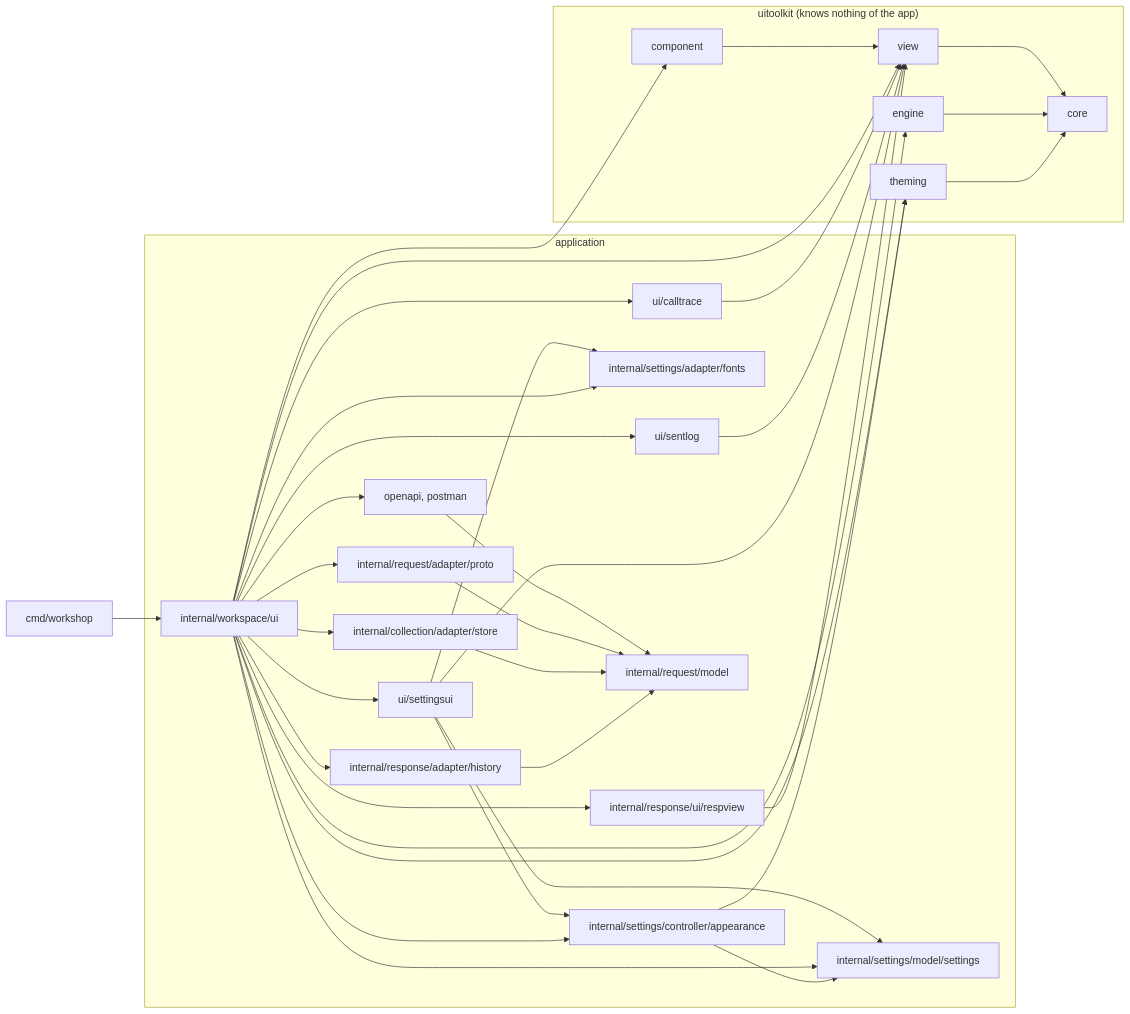
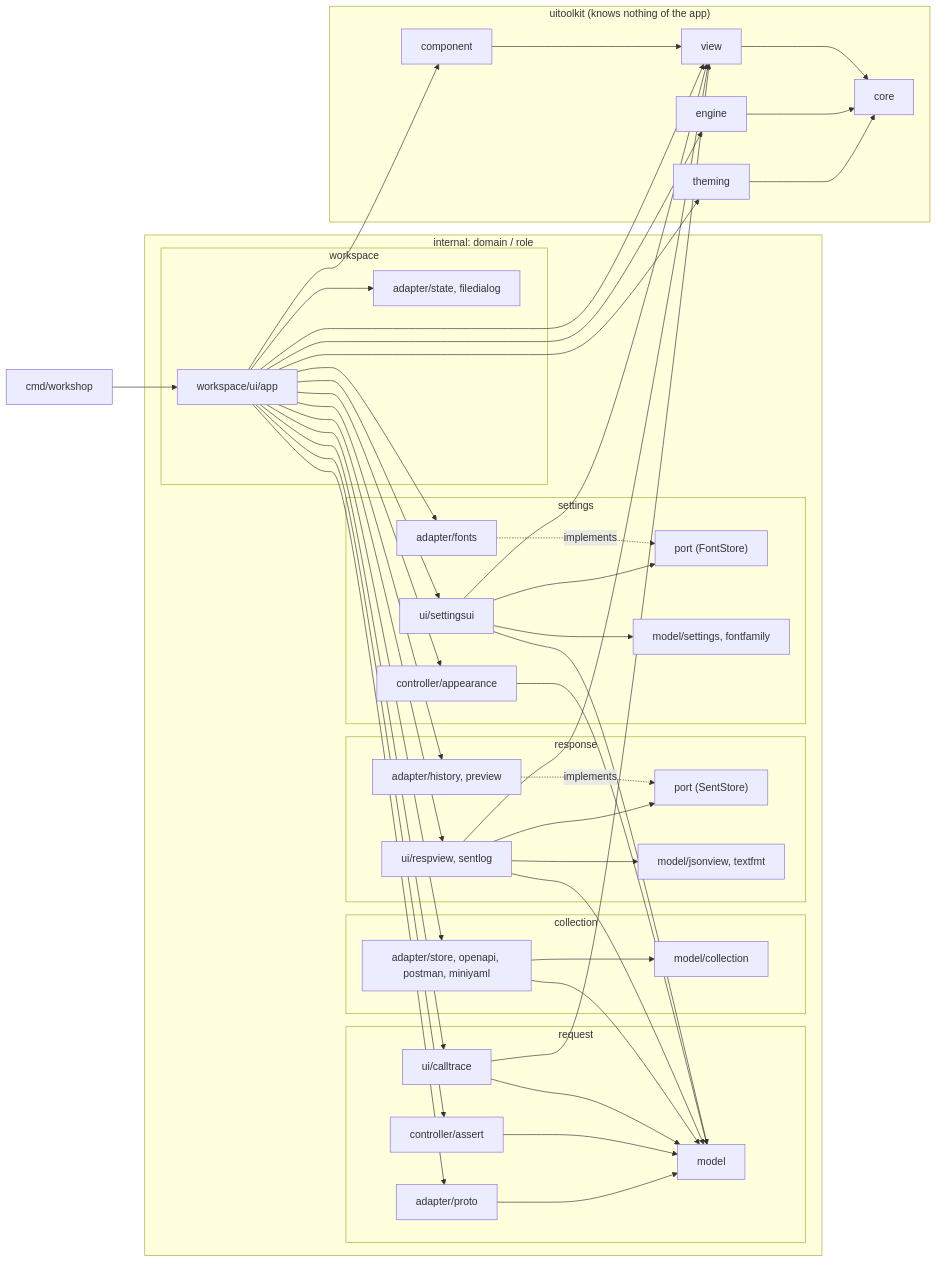
One commit to gascoigne-ai/gascoigne-workshop changed the diagram in .harness/architecture.md. Above: the diagram before and after it, drawn with Mermaid. The commit also changed other lines of this file and 3 other files, not shown here.

First line of the commit message:
docs(harness): document the domain and role layout

````diff
--- a/.harness/architecture.md
+++ b/.harness/architecture.md
@@ -5,40 +5,50 @@
 ```mermaid
 flowchart LR
-  cmd["cmd/workshop"] --> ui["internal/workspace/ui"]
-  subgraph app["application"]
-    ui --> calltrace["ui/calltrace"]
-    ui --> sentlog["ui/sentlog"]
-    ui --> settingsui["ui/settingsui"]
-    settingsui --> settings
-    settingsui --> fonts
-    settingsui --> appearance
-    ui --> appearance["internal/settings/controller/appearance"]
-    ui --> respview["internal/response/ui/respview"]
-    ui --> store["internal/collection/adapter/store"]
-    ui --> imports["openapi, postman"]
-    ui --> fonts["internal/settings/adapter/fonts"]
-    ui --> history["internal/response/adapter/history"]
-    ui --> settings["internal/settings/model/settings"]
-    ui --> proto["internal/request/adapter/proto"]
-    imports --> model["internal/request/model"]
-    proto --> model
-    store --> model
-    history --> model
+  cmd["cmd/workshop"] --> app["workspace/ui/app"]
+  subgraph domains["internal: domain / role"]
+    subgraph request
+      rui["ui/calltrace"]
+      rctl["controller/assert"]
+      rad["adapter/proto"]
+      rmod["model"]
+    end
+    subgraph collection
+      cad["adapter/store, openapi, postman, miniyaml"]
+      cmod["model/collection"]
+    end
+    subgraph response
+      sui["ui/respview, sentlog"]
+      sport["port (SentStore)"]
+      sad["adapter/history, preview"]
+      smod["model/jsonview, textfmt"]
+    end
+    subgraph settings
+      tui["ui/settingsui"]
+      tctl["controller/appearance"]
+      tport["port (FontStore)"]
+      tad["adapter/fonts"]
+      tmod["model/settings, fontfamily"]
+    end
+    subgraph workspace
+      app
+      wad["adapter/state, filedialog"]
+    end
   end
+  app --> rui & rctl & rad & cad & sui & sad & tui & tctl & tad & wad
+  rui & rctl & rad & cad & sui & tui & tctl --> rmod
+  sad -. implements .-> sport
+  sui --> sport
+  tad -. implements .-> tport
+  tui --> tport
+  tui --> tmod
+  cad --> cmod
+  sui --> smod
   subgraph toolkit["uitoolkit (knows nothing of the app)"]
     component["component"] --> view["view"]
     view --> core["core"]
     engine["engine"] --> core
     theming["theming"] --> core
   end
-  ui --> component
-  ui --> view
-  ui --> engine
-  ui --> theming
-  calltrace --> view
-  sentlog --> view
-  settingsui --> view
-  appearance --> theming
-  appearance --> settings
-  respview --> view
+  app --> component & view & engine & theming
+  rui & sui & tui --> view
 ```
````
